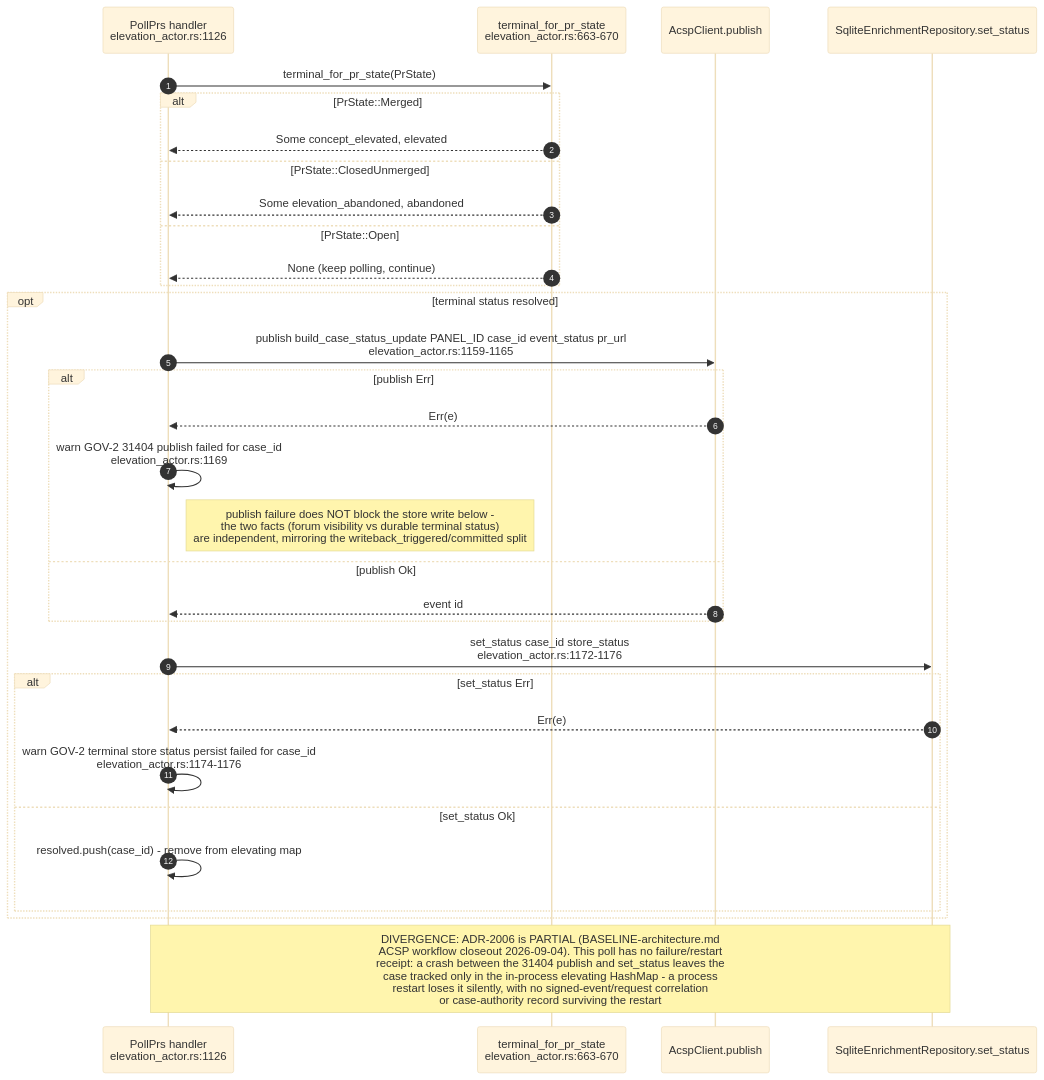
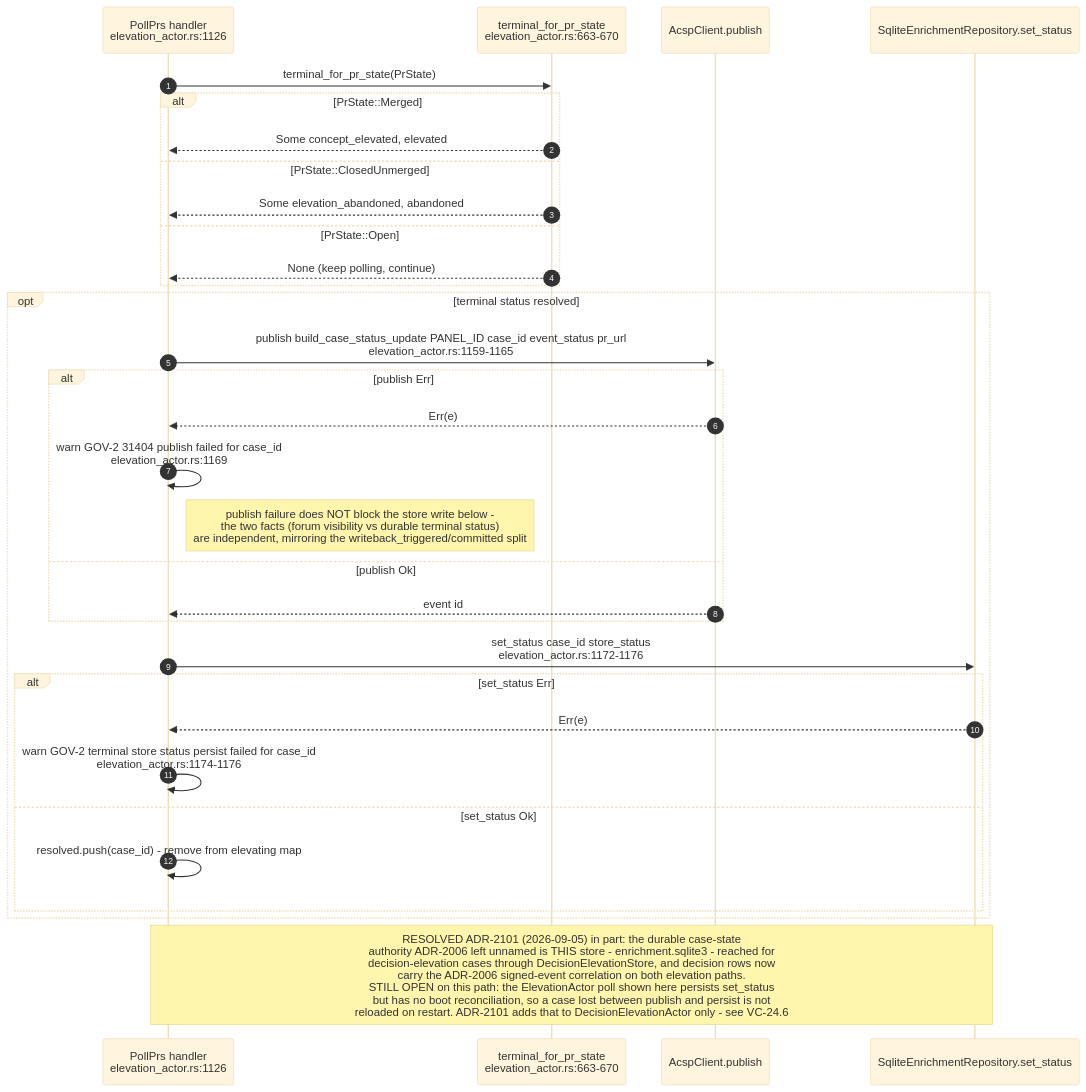
Before and after one commit to DreamLab-AI/AR-AI-Knowledge-Graph: the fifth of 11 diagrams in docs/diagrams/visionclaw/24-acsp-decision-elevation.md, drawn with Mermaid (base theme). The commit also changed other lines of this file and 172 other files, not shown here.

````diff
--- a/docs/diagrams/visionclaw/24-acsp-decision-elevation.md
+++ b/docs/diagrams/visionclaw/24-acsp-decision-elevation.md
@@ -182,34 +185,34 @@
 ```mermaid
 sequenceDiagram
     autonumber
     participant POLL as PollPrs handler<br/>elevation_actor.rs:1126
     participant MAP as terminal_for_pr_state<br/>elevation_actor.rs:663-670
     participant ACSP as AcspClient.publish
     participant REPO as SqliteEnrichmentRepository.set_status
     POLL->>MAP: terminal_for_pr_state(PrState)
     alt PrState::Merged
         MAP-->>POLL: Some concept_elevated, elevated
     else PrState::ClosedUnmerged
         MAP-->>POLL: Some elevation_abandoned, abandoned
     else PrState::Open
         MAP-->>POLL: None (keep polling, continue)
     end
     opt terminal status resolved
         POLL->>ACSP: publish build_case_status_update PANEL_ID case_id event_status pr_url<br/>elevation_actor.rs:1159-1165
         alt publish Err
             ACSP-->>POLL: Err(e)
             POLL->>POLL: warn GOV-2 31404 publish failed for case_id<br/>elevation_actor.rs:1169
             Note right of POLL: publish failure does NOT block the store write below -<br/>the two facts (forum visibility vs durable terminal status)<br/>are independent, mirroring the writeback_triggered/committed split
         else publish Ok
             ACSP-->>POLL: event id
         end
         POLL->>REPO: set_status case_id store_status<br/>elevation_actor.rs:1172-1176
         alt set_status Err
             REPO-->>POLL: Err(e)
             POLL->>POLL: warn GOV-2 terminal store status persist failed for case_id<br/>elevation_actor.rs:1174-1176
         else set_status Ok
             POLL->>POLL: resolved.push(case_id) - remove from elevating map
         end
     end
-    Note over POLL,REPO: DIVERGENCE: ADR-2006 is PARTIAL (BASELINE-architecture.md<br/>ACSP workflow closeout 2026-09-04). This poll has no failure/restart<br/>receipt: a crash between the 31404 publish and set_status leaves the<br/>case tracked only in the in-process elevating HashMap - a process<br/>restart loses it silently, with no signed-event/request correlation<br/>or case-authority record surviving the restart
+    Note over POLL,REPO: RESOLVED ADR-2101 (2026-09-05) in part: the durable case-state<br/>authority ADR-2006 left unnamed is THIS store - enrichment.sqlite3 - reached for<br/>decision-elevation cases through DecisionElevationStore, and decision rows now<br/>carry the ADR-2006 signed-event correlation on both elevation paths.<br/>STILL OPEN on this path: the ElevationActor poll shown here persists set_status<br/>but has no boot reconciliation, so a case lost between publish and persist is not<br/>reloaded on restart. ADR-2101 adds that to DecisionElevationActor only - see VC-24.6
 ```
````
